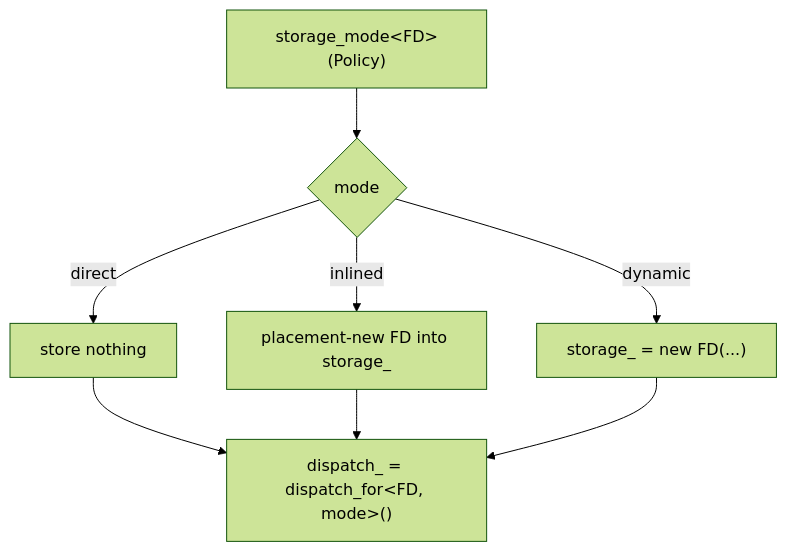
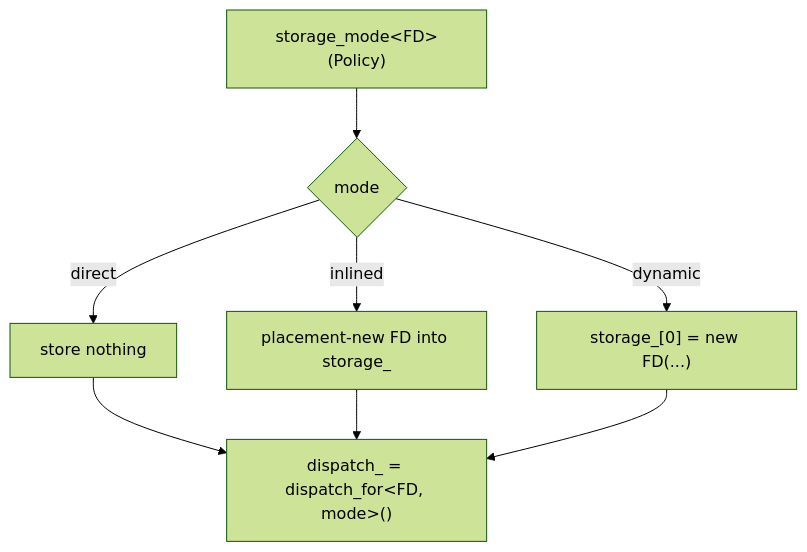
Before and after one commit to stevensudit/Corvid: the second of 3 diagrams in corvid/meta/flexi_function.md, drawn with Mermaid (forest theme). The commit also changed other lines of this file, not shown here.

````diff
--- a/corvid/meta/flexi_function.md
+++ b/corvid/meta/flexi_function.md
@@ -232,10 +259,10 @@
 ```mermaid
 flowchart TD
     s["storage_mode&lt;FD&gt;(Policy)"] --> m{mode}
     m -->|direct| d["store nothing"]
     m -->|inlined| i["placement-new FD into storage_"]
-    m -->|dynamic| h["storage_ = new FD(...)"]
+    m -->|dynamic| h["storage_[0] = new FD(...)"]
     d --> p["dispatch_ = dispatch_for&lt;FD, mode&gt;()"]
     i --> p
     h --> p
 ```
````
